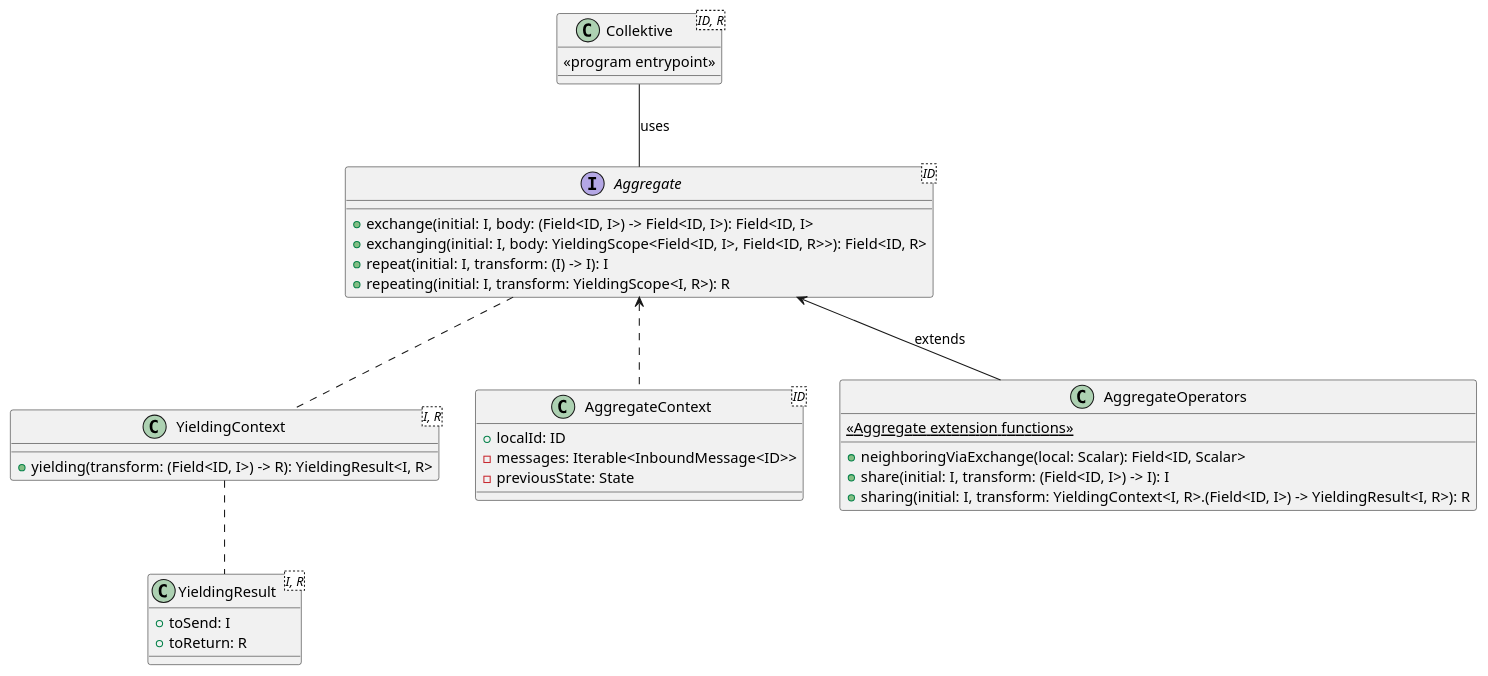
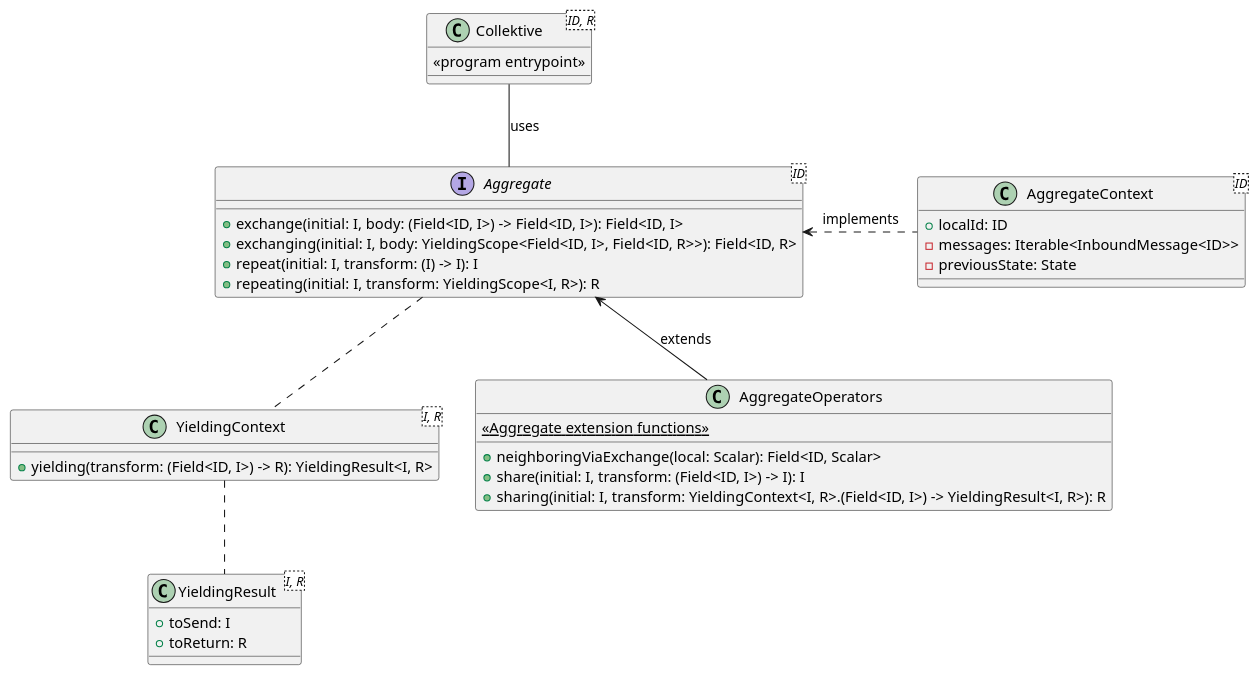
The diagram in figures/plantuml/aggregate.plantuml (angelacorte/master-thesis), drawn with PlantUML before and after one commit. The commit also changed 3 other files, not shown here.

```diff
--- a/figures/plantuml/aggregate.plantuml
+++ b/figures/plantuml/aggregate.plantuml
@@ -1,42 +1,42 @@
 @startuml
 interface Aggregate<ID> {
     {abstract}
     + exchange(initial: I, body: (Field<ID, I>) -> Field<ID, I>): Field<ID, I>
     + exchanging(initial: I, body: YieldingScope<Field<ID, I>, Field<ID, R>>): Field<ID, R>
     + repeat(initial: I, transform: (I) -> I): I
     + repeating(initial: I, transform: YieldingScope<I, R>): R
 }
 
 class YieldingContext<I, R> {
     + yielding(transform: (Field<ID, I>) -> R): YieldingResult<I, R>
 }
 
 class Collektive<ID, R> {
     <<program entrypoint>>
 }
 
 class AggregateContext<ID> {
     + localId: ID
     - messages: Iterable<InboundMessage<ID>>
     - previousState: State
 }
 
 class "AggregateOperators" {
     {static} <<Aggregate extension functions>>
     + neighboringViaExchange(local: Scalar): Field<ID, Scalar>
     + share(initial: I, transform: (Field<ID, I>) -> I): I
     + sharing(initial: I, transform: YieldingContext<I, R>.(Field<ID, I>) -> YieldingResult<I, R>): R
 }
 
 class YieldingResult<I, R> {
     + toSend: I
     + toReturn: R
 }
 
 Collektive -- Aggregate: uses
-Aggregate <.. AggregateContext
+Aggregate <. AggregateContext: implements
 Aggregate .. YieldingContext
 Aggregate <-- AggregateOperators: extends
 YieldingContext .. YieldingResult
 
 @enduml
```
